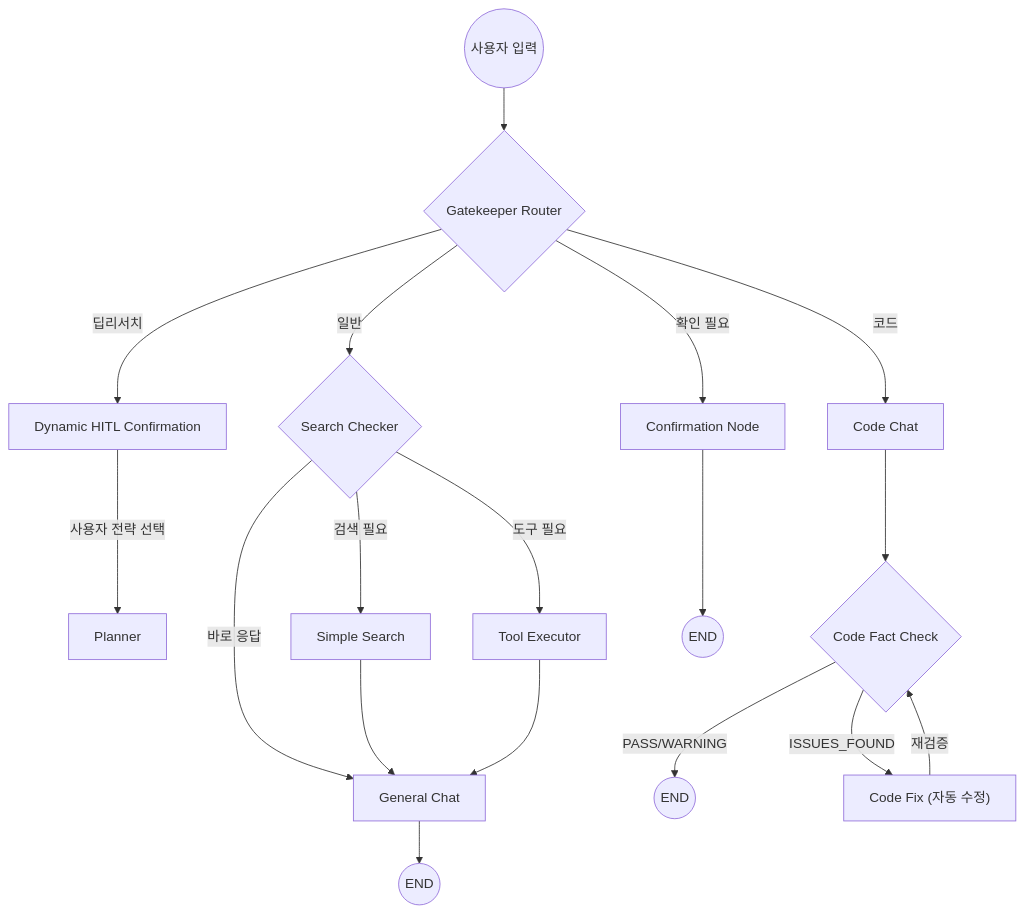
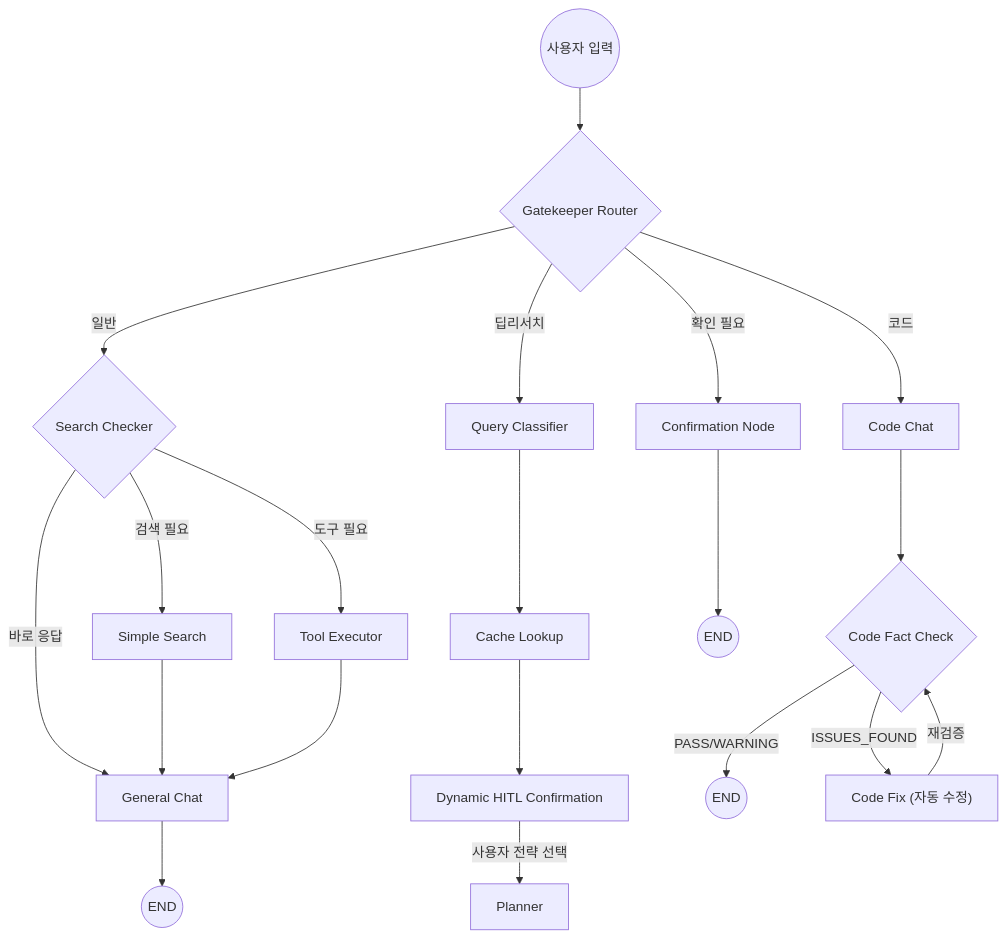
The first of 6 diagrams in notion-portfolio.md (leovis87/portfolio-showcase), drawn with Mermaid before and after one commit. The commit also changed other lines of this file and 5 other files, not shown here.

````diff
--- a/notion-portfolio.md
+++ b/notion-portfolio.md
@@ -40,20 +40,22 @@
 ```mermaid
 flowchart TD
     START(("사용자 입력")) --> GK{"Gatekeeper Router"}
     GK -->|일반| SC{"Search Checker"}
-    GK -->|딥리서치| HITL["Dynamic HITL Confirmation"]
+    GK -->|딥리서치| QC["Query Classifier"]
     GK -->|코드| CC["Code Chat"]
     GK -->|확인 필요| CONFIRM["Confirmation Node"]
+    QC --> CL["Cache Lookup"]
+    CL --> HITL["Dynamic HITL Confirmation"]
     HITL -->|사용자 전략 선택| PL["Planner"]
     SC -->|검색 필요| SS["Simple Search"]
     SC -->|도구 필요| TE["Tool Executor"]
     SC -->|바로 응답| GC["General Chat"]
     SS --> GC
     TE --> GC
     GC --> END1(("END"))
     CC --> CF{"Code Fact Check"}
     CF -->|PASS/WARNING| END2(("END"))
     CF -->|ISSUES_FOUND| FIX["Code Fix (자동 수정)"]
     FIX -->|재검증| CF
     CONFIRM --> END3(("END"))
 ```
````
